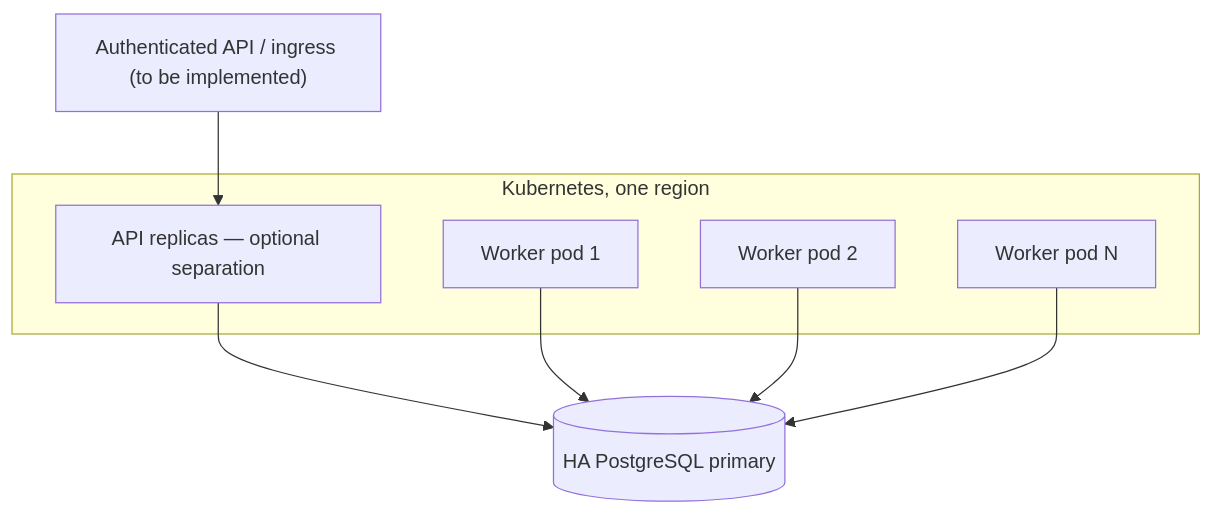
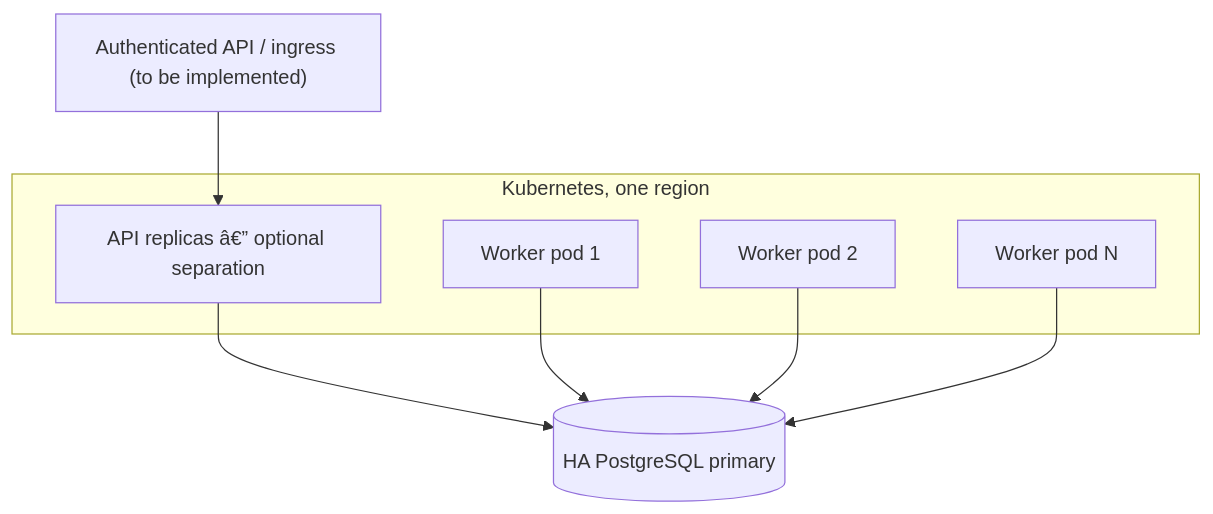
One commit to thanhhaictld/workflow-core changed the diagram in scaling/docs/deployment.md. Above: the diagram before and after it, drawn with Mermaid. The commit also changed other lines of this file and 94 other files, not shown here.

````diff
--- a/scaling/docs/deployment.md
+++ b/scaling/docs/deployment.md
@@ -92,15 +84,15 @@
 ```mermaid
 flowchart TB
     ingress["Authenticated API / ingress (to be implemented)"]
     subgraph cluster["Kubernetes, one region"]
-        api["API replicas — optional separation"]
+        api["API replicas â€” optional separation"]
         w1["Worker pod 1"]
         w2["Worker pod 2"]
         w3["Worker pod N"]
     end
     ingress --> api
     api --> pg[("HA PostgreSQL primary")]
     w1 --> pg
     w2 --> pg
     w3 --> pg
 ```
````
